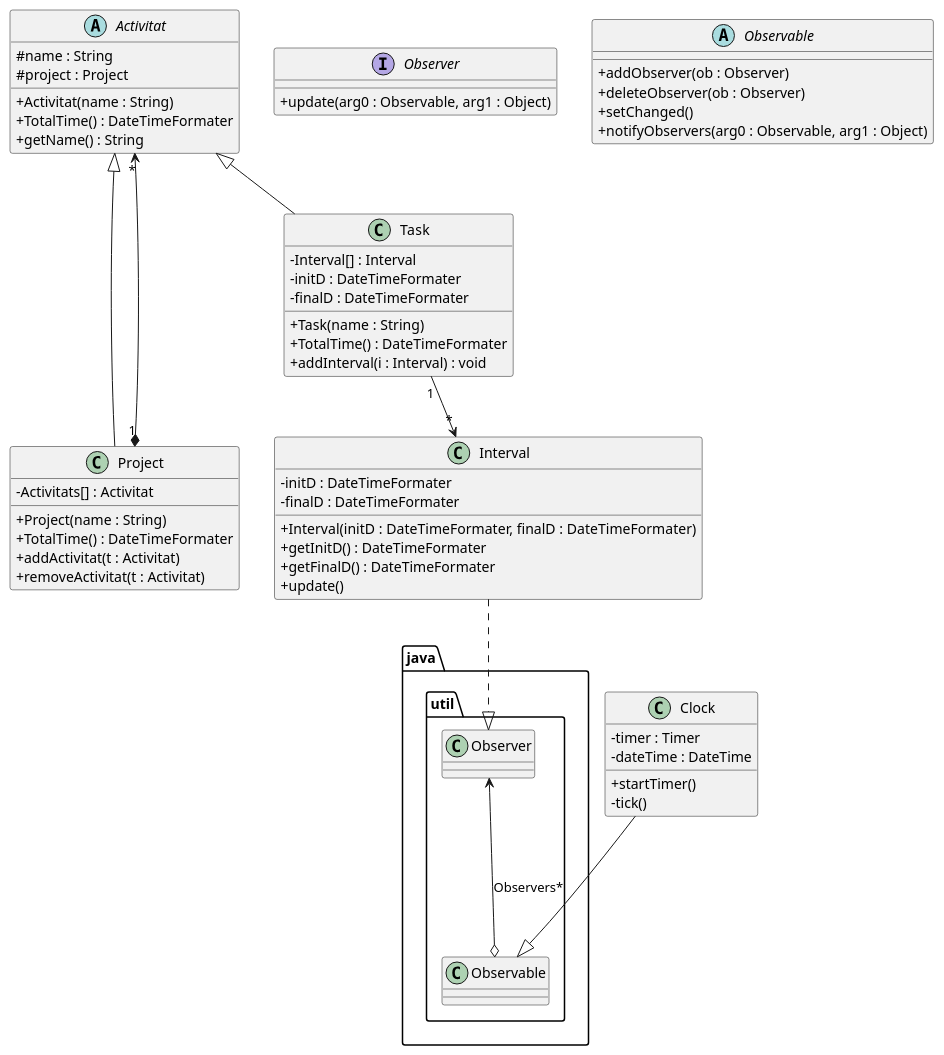
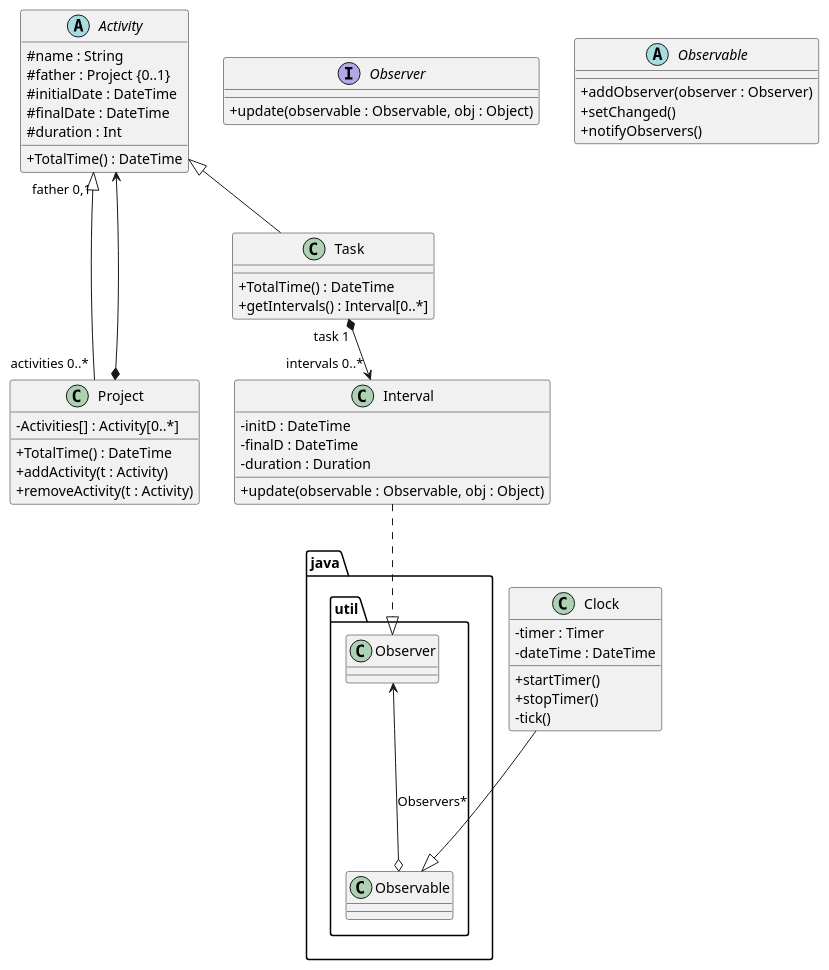
Before and after one commit to Jhonatanqt11/DS_proyecto: the diagram in TimeTracker/src/TimeTracker.puml, drawn with PlantUML.

```diff
--- a/TimeTracker/src/TimeTracker.puml
+++ b/TimeTracker/src/TimeTracker.puml
@@ -1,74 +1,63 @@
 @startuml
 'https://plantuml.com/class-diagram
 
 skinparam classAttributeIconSize 0
 
-
-
-
-Project-up-|>Activitat
-Task -up-|> Activitat
-Project"1"*--->"*"Activitat
-Task"1"-->"*"Interval
+Project"activities 0..*"-up-|>"father 0,1"Activity
+Task -up-|>Activity
+Project*--->Activity
+Task"task 1"*-->"intervals 0..*"Interval
 
 package java.util{
 Observable o--up->Observer : Observers*
 }
 Clock---|>Observable
 Interval..|>Observer
 
 Interface Observer{
-    +update(arg0 : Observable, arg1 : Object)
+    +update(observable : Observable, obj : Object)
 }
 Abstract Observable{
-    +addObserver(ob : Observer)
-    +deleteObserver(ob : Observer)
+    +addObserver(observer : Observer)
     +setChanged()
-    +notifyObservers(arg0 : Observable, arg1 : Object)
+    +notifyObservers()
 
 }
 class Project {
-    -Activitats[] : Activitat
+    -Activities[] : Activity[0..*]
 
-    +Project(name : String)
-    +TotalTime() : DateTimeFormater
-    +addActivitat(t : Activitat)
-    +removeActivitat(t : Activitat)
+    +TotalTime() : DateTime
+    +addActivity(t : Activity)
+    +removeActivity(t : Activity)
 }
 class Task{
-    -Interval[] : Interval
-    -initD : DateTimeFormater
-    -finalD : DateTimeFormater
-
-
-    +Task(name : String)
-    +TotalTime() : DateTimeFormater
-    +addInterval(i : Interval) : void
+    +TotalTime() : DateTime
+    +getIntervals() : Interval[0..*]
 }
 
-abstract Activitat{
+abstract Activity{
     #name : String
-    #project : Project
+    #father : Project {0..1}
+    #initialDate : DateTime
+    #finalDate : DateTime
+    #duration : Int
 
-    +Activitat(name : String)
-    +TotalTime() : DateTimeFormater
-    +getName() : String
+    +TotalTime() : DateTime
 }
 class Interval{
-    -initD : DateTimeFormater
-    -finalD : DateTimeFormater
+    -initD : DateTime
+    -finalD : DateTime
+    -duration : Duration
 
-    +Interval(initD : DateTimeFormater, finalD : DateTimeFormater)
-    +getInitD() : DateTimeFormater
-    +getFinalD() : DateTimeFormater
-    +update()
+    +update(observable : Observable, obj : Object)
 }
 class Clock{
     -timer : Timer
     -dateTime : DateTime
     +startTimer()
+    +stopTimer()
     -tick()
 }
 
 
 @enduml
```
